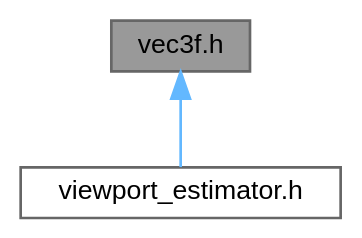
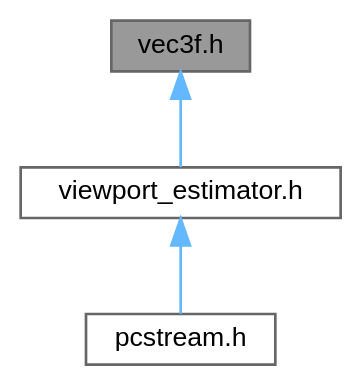
The diagram in vec3f_8h__dep__incl.dot (QuangNguyenLong/pcstream), drawn with Graphviz before and after one commit. The commit also changed 88 other files, not shown here.

```diff
--- a/vec3f_8h__dep__incl.dot
+++ b/vec3f_8h__dep__incl.dot
@@ -1,10 +1,12 @@
 digraph "vec3f.h"
 {
  // LATEX_PDF_SIZE
   bgcolor="transparent";
   edge [fontname=Helvetica,fontsize=10,labelfontname=Helvetica,labelfontsize=10];
   node [fontname=Helvetica,fontsize=10,shape=box,height=0.2,width=0.4];
   Node1 [id="Node000001",label="vec3f.h",height=0.2,width=0.4,color="gray40", fillcolor="grey60", style="filled", fontcolor="black",tooltip=" "];
   Node1 -> Node2 [id="edge1_Node000001_Node000002",dir="back",color="steelblue1",style="solid",tooltip=" "];
   Node2 [id="Node000002",label="viewport_estimator.h",height=0.2,width=0.4,color="grey40", fillcolor="white", style="filled",URL="$viewport__estimator_8h.html",tooltip=" "];
+  Node2 -> Node3 [id="edge2_Node000002_Node000003",dir="back",color="steelblue1",style="solid",tooltip=" "];
+  Node3 [id="Node000003",label="pcstream.h",height=0.2,width=0.4,color="grey40", fillcolor="white", style="filled",URL="$pcstream_8h.html",tooltip=" "];
 }
```
